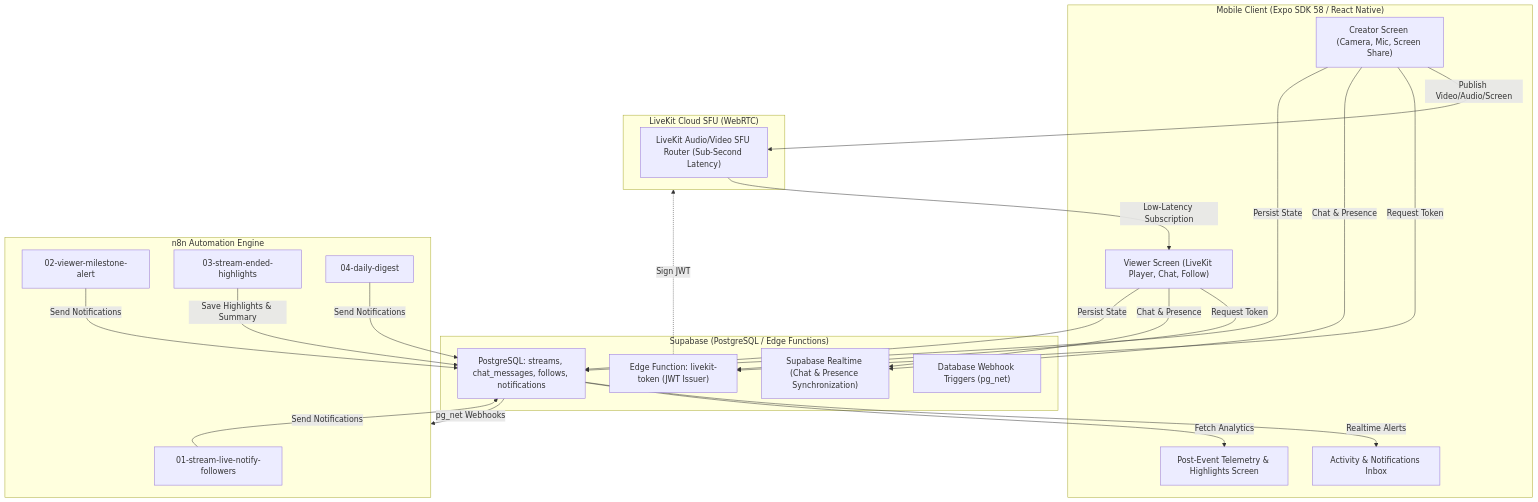
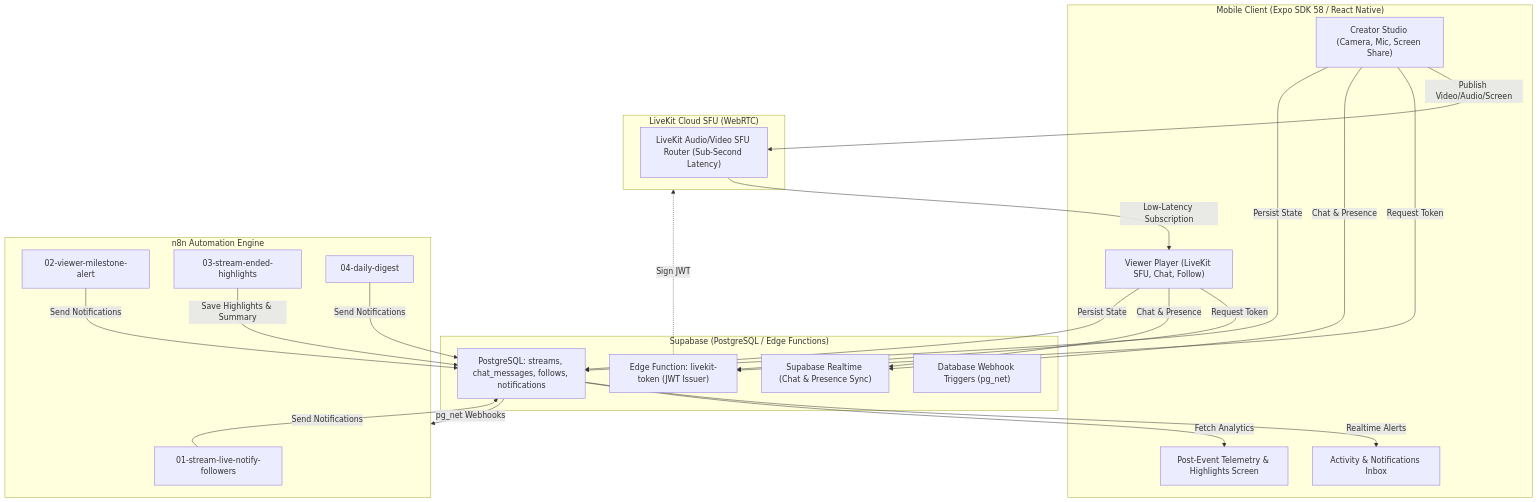
One commit to neo0007777/livewire changed the diagram in README.md. Above: the diagram before and after it, drawn with Mermaid. The commit also changed other lines of this file and 3 other files, not shown here.

````diff
--- a/README.md
+++ b/README.md
@@ -52,42 +55,42 @@
 ```mermaid
 flowchart TD
     subgraph MobileApp ["Mobile Client (Expo SDK 58 / React Native)"]
-        Broadcaster["Creator Screen (Camera, Mic, Screen Share)"]
-        Viewer["Viewer Screen (LiveKit Player, Chat, Follow)"]
+        Broadcaster["Creator Studio (Camera, Mic, Screen Share)"]
+        Viewer["Viewer Player (LiveKit SFU, Chat, Follow)"]
         Inbox["Activity & Notifications Inbox"]
         Summary["Post-Event Telemetry & Highlights Screen"]
     end
 
     subgraph MediaRouting ["LiveKit Cloud SFU (WebRTC)"]
         SFU["LiveKit Audio/Video SFU Router (Sub-Second Latency)"]
     end
 
     subgraph DatabaseBackend ["Supabase (PostgreSQL / Edge Functions)"]
         EdgeAuth["Edge Function: livekit-token (JWT Issuer)"]
         DB["PostgreSQL: streams, chat_messages, follows, notifications"]
-        RealtimeChannel["Supabase Realtime (Chat & Presence Synchronization)"]
+        RealtimeChannel["Supabase Realtime (Chat & Presence Sync)"]
         DBTriggers["Database Webhook Triggers (pg_net)"]
     end
 
     subgraph AutomationEngine ["n8n Automation Engine"]
         W1["01-stream-live-notify-followers"]
         W2["02-viewer-milestone-alert"]
         W3["03-stream-ended-highlights"]
         W4["04-daily-digest"]
     end
 
     Broadcaster -- "Publish Video/Audio/Screen" --> SFU
     SFU -- "Low-Latency Subscription" --> Viewer
     Broadcaster -- "Request Token" --> EdgeAuth
     Viewer -- "Request Token" --> EdgeAuth
     EdgeAuth -. "Sign JWT" .-> MediaRouting
 
     Broadcaster & Viewer -- "Chat & Presence" --> RealtimeChannel
     Broadcaster & Viewer -- "Persist State" --> DB
 
     DB -- "pg_net Webhooks" --> AutomationEngine
     W1 & W2 & W4 -- "Send Notifications" --> DB
     W3 -- "Save Highlights & Summary" --> DB
     DB -- "Realtime Alerts" --> Inbox
     DB -- "Fetch Analytics" --> Summary
 ```
````
